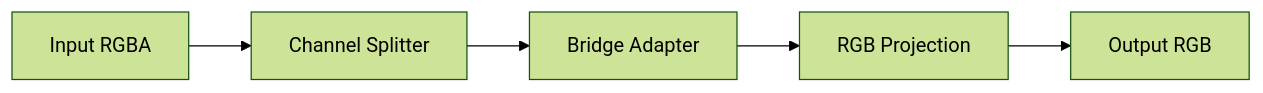
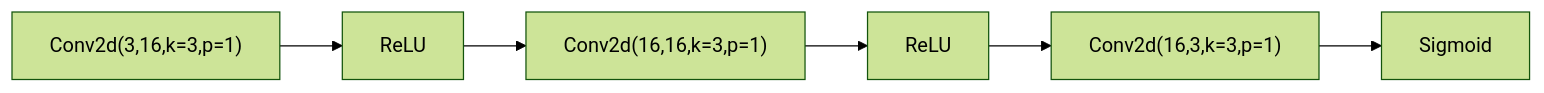
Before and after one commit to ziangziangziang/qwen-image-1.9: the diagram in reports/stage-2/training-report.md, drawn with Mermaid (forest theme). The commit also changed other lines of this file and 1 other file, not shown here.

````diff
--- a/reports/stage-2/training-report.md
+++ b/reports/stage-2/training-report.md
@@ -79,12 +88,14 @@
 ```mermaid
 flowchart LR
-    L0["Input RGBA"]
-    L1["Channel Splitter"]
-    L2["Bridge Adapter"]
-    L3["RGB Projection"]
-    L4["Output RGB"]
+    L0["Conv2d(3,16,k=3,p=1)"]
+    L1["ReLU"]
+    L2["Conv2d(16,16,k=3,p=1)"]
+    L3["ReLU"]
+    L4["Conv2d(16,3,k=3,p=1)"]
+    L5["Sigmoid"]
     L0 --> L1
     L1 --> L2
     L2 --> L3
     L3 --> L4
+    L4 --> L5
 ```
````
